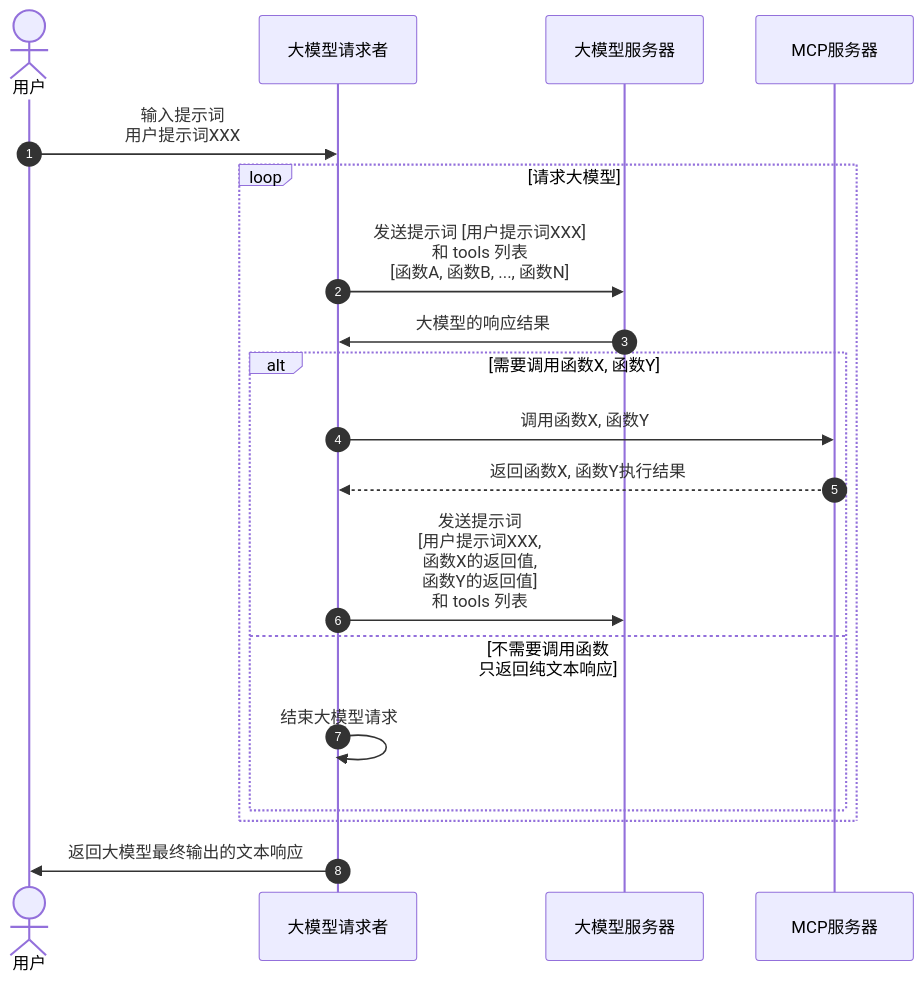
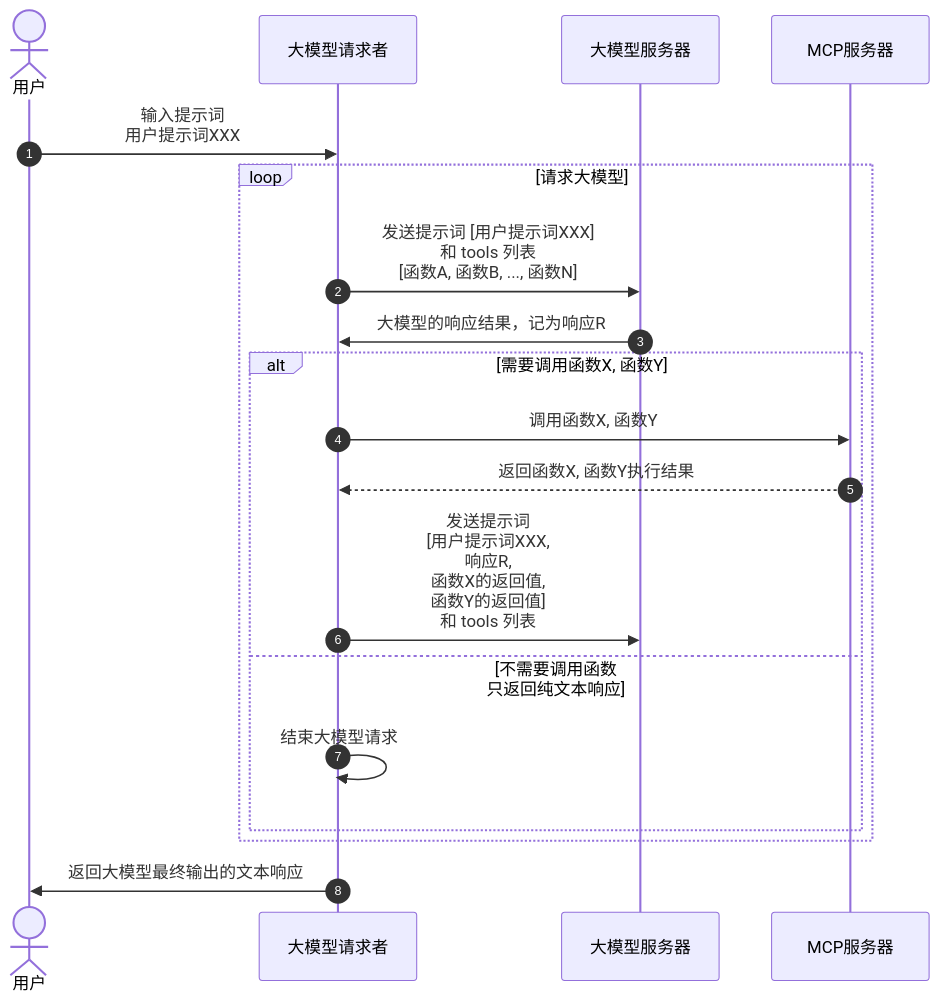
The second of 2 diagrams in source/_posts/mcp_history.md (yunnysunny/yunnysunny.github.io), drawn with Mermaid before and after one commit. The commit also changed other lines of this file, not shown here.

Commit message:
修改mcp时序图

````diff
--- a/source/_posts/mcp_history.md
+++ b/source/_posts/mcp_history.md
@@ -375,22 +372,22 @@
 ```mermaid
 sequenceDiagram
     autonumber
     actor U as 用户
     participant requester as 大模型请求者
     participant bigger as 大模型服务器
     participant mcp-server as MCP服务器
 
     U->>requester: 输入提示词<br>用户提示词XXX
     loop 请求大模型
         requester->>bigger: 发送提示词 [用户提示词XXX]<br>和 tools 列表<br>[函数A, 函数B, ..., 函数N]
-        bigger->>requester: 大模型的响应结果
+        bigger->>requester: 大模型的响应结果，记为响应R
         alt 需要调用函数X, 函数Y
             requester->>mcp-server: 调用函数X, 函数Y
             mcp-server-->>requester: 返回函数X, 函数Y执行结果
-            requester->>bigger: 发送提示词<br>[用户提示词XXX,<br>函数X的返回值,<br>函数Y的返回值]<br>和 tools 列表
+            requester->>bigger: 发送提示词<br>[用户提示词XXX,<br>响应R,<br>函数X的返回值,<br>函数Y的返回值]<br>和 tools 列表
         else 不需要调用函数<br>只返回纯文本响应
 	        requester->>requester: 结束大模型请求
         end
     end
     requester->>U: 返回大模型最终输出的文本响应
 ```
````
